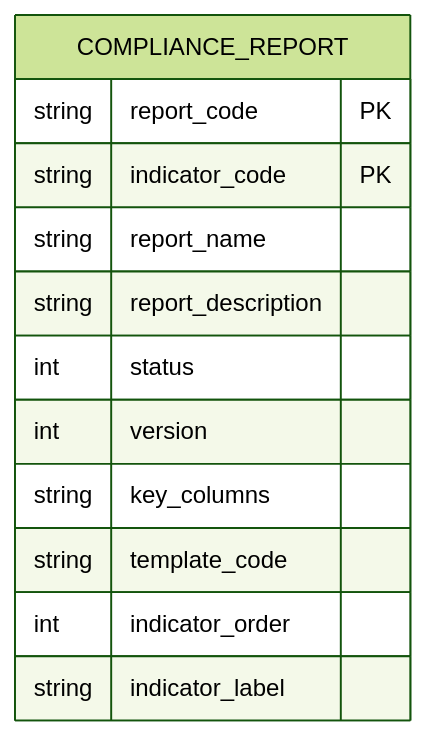
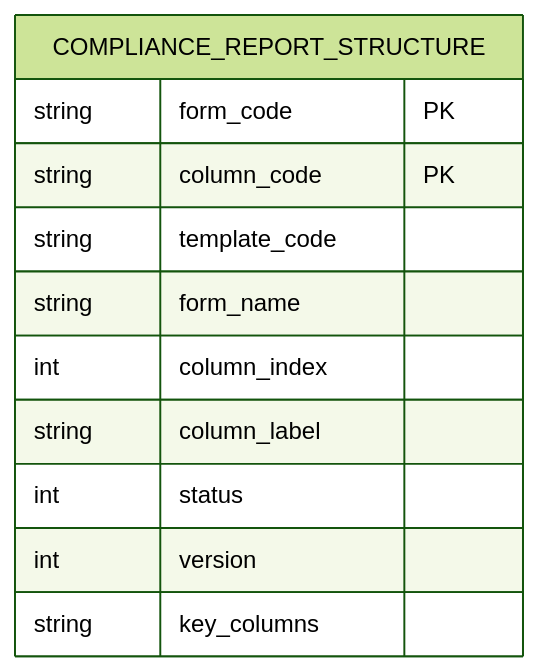
Before and after one commit to linhlvit/ubck_atomic_design: the first of 2 diagrams in DataModel/working/Atomic/hld/TMS_HLD_Tier1.md, drawn with Mermaid (forest theme). The commit also changed other lines of this file and 17 other files, not shown here.

````diff
--- a/DataModel/working/Atomic/hld/TMS_HLD_Tier1.md
+++ b/DataModel/working/Atomic/hld/TMS_HLD_Tier1.md
@@ -48,15 +19,14 @@
 ```mermaid
 erDiagram
-    COMPLIANCE_REPORT {
-        string report_code PK
-        string indicator_code PK
-        string report_name
-        string report_description
+    COMPLIANCE_REPORT_STRUCTURE {
+        string form_code PK
+        string column_code PK
+        string template_code
+        string form_name
+        int column_index
+        string column_label
         int status
         int version
         string key_columns
-        string template_code
-        int indicator_order
-        string indicator_label
     }
 ```
````
